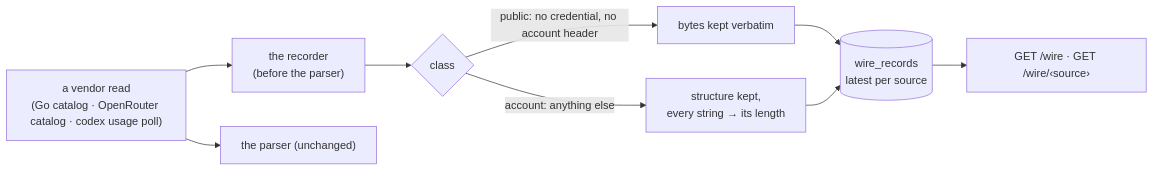
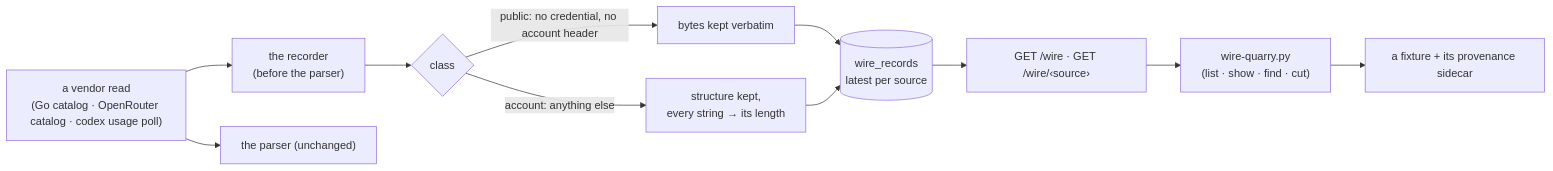
Before and after one commit to teststuffstash/homelab: the diagram in gateway/specs/endpoints/wire.md, drawn with Mermaid. The commit also changed other lines of this file and 6 other files, not shown here.

First line of the commit message:
gateway: GW-WIRE-QUARRY — wire-quarry.py reads the wire door and cuts a fixture with its provenance (#3303)

````diff
--- a/gateway/specs/endpoints/wire.md
+++ b/gateway/specs/endpoints/wire.md
@@ -26,13 +27,16 @@
 ```mermaid
 flowchart LR
   R["a vendor read\n(Go catalog · OpenRouter catalog · codex usage poll)"] --> W["the recorder\n(before the parser)"]
   W --> C{"class"}
   C -->|public: no credential, no account header| V["bytes kept verbatim"]
   C -->|account: anything else| S["structure kept,\nevery string → its length"]
   V --> T[("wire_records\nlatest per source")]
   S --> T
   R --> P["the parser (unchanged)"]
   T --> D["GET /wire · GET /wire/‹source›"]
   click W href "#gw-wire-record" "GW-WIRE-RECORD" _self
+  D --> Q["wire-quarry.py\n(list · show · find · cut)"]
+  Q --> F["a fixture + its provenance sidecar"]
   click D href "#gw-wire-view" "GW-WIRE-VIEW" _self
+  click Q href "#gw-wire-quarry" "GW-WIRE-QUARRY" _self
 ```
````
